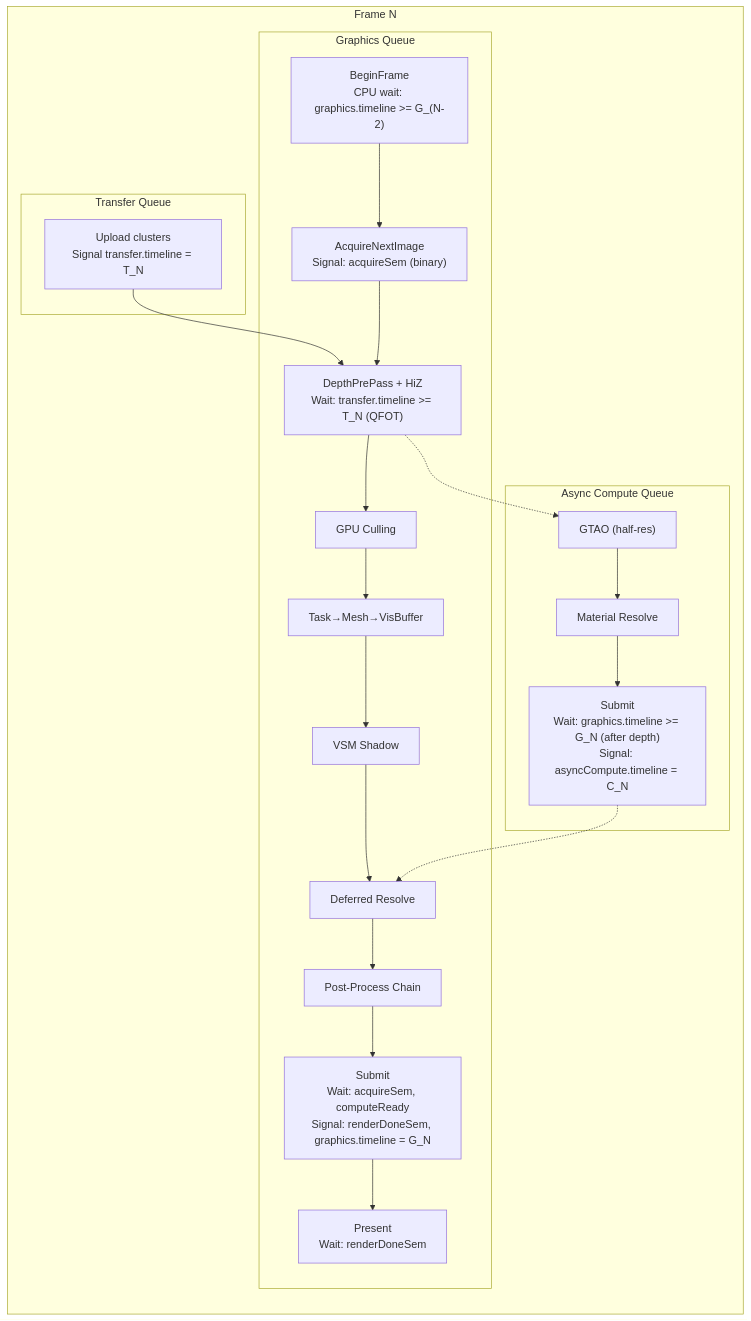
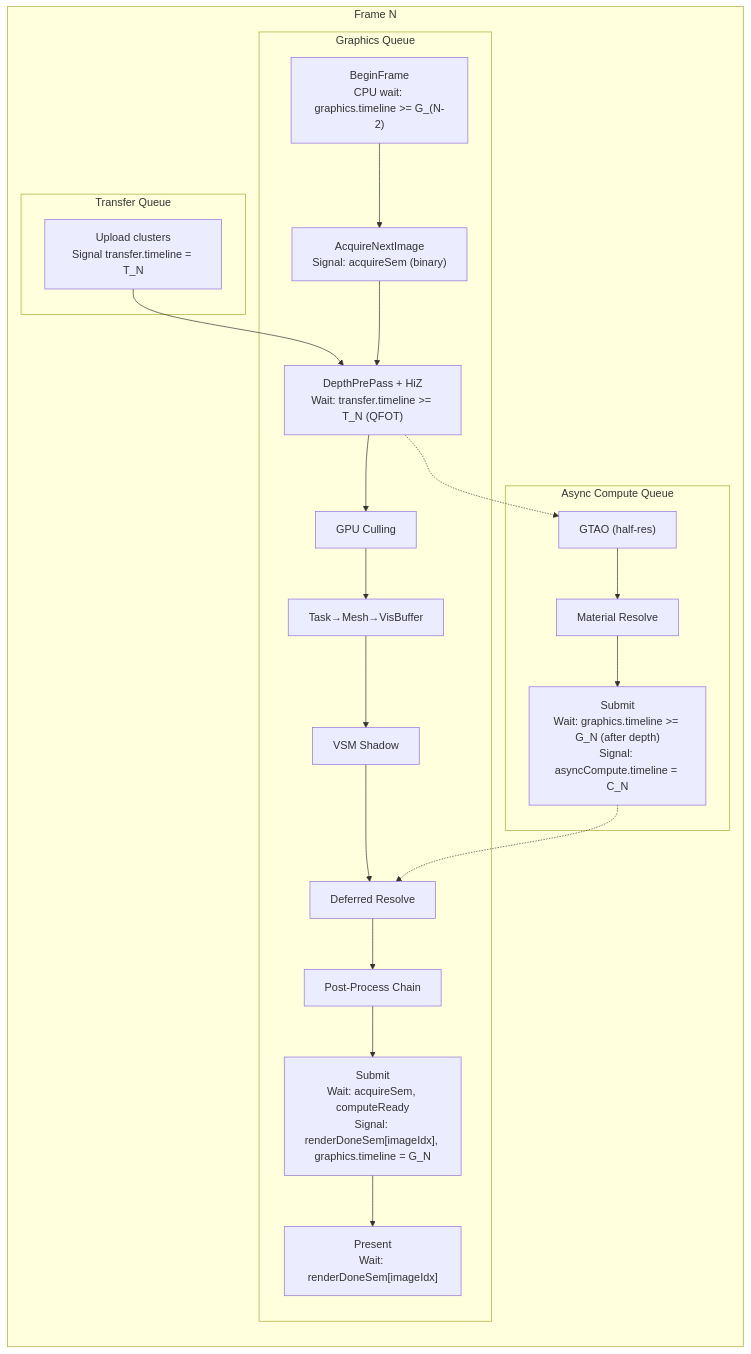
One commit to nekomiya-kasane/mitsuki changed the first of 8 diagrams in specs/03-sync.md. Above: the diagram before and after it, drawn with Mermaid. The commit also changed other lines of this file and 14 other files, not shown here.

First line of the commit message:
``` feat(rhi): add GetSwapchainImageCount API and update sync spec for per-image renderDone semaphores

````diff
--- a/specs/03-sync.md
+++ b/specs/03-sync.md
@@ -106,33 +106,33 @@
 ```mermaid
 graph LR
     subgraph "Frame N"
         subgraph "Transfer Queue"
             T_upload["Upload clusters<br/>Signal transfer.timeline = T_N"]
         end
 
         subgraph "Graphics Queue"
             G_begin["BeginFrame<br/>CPU wait: graphics.timeline >= G_(N-2)"]
             G_acquire["AcquireNextImage<br/>Signal: acquireSem (binary)"]
             G_depth["DepthPrePass + HiZ<br/>Wait: transfer.timeline >= T_N (QFOT)"]
             G_cull["GPU Culling"]
             G_geom["Task→Mesh→VisBuffer"]
             G_shadow["VSM Shadow"]
             G_resolve["Deferred Resolve"]
             G_post["Post-Process Chain"]
-            G_submit["Submit<br/>Wait: acquireSem, computeReady<br/>Signal: renderDoneSem, graphics.timeline = G_N"]
-            G_present["Present<br/>Wait: renderDoneSem"]
+            G_submit["Submit<br/>Wait: acquireSem, computeReady<br/>Signal: renderDoneSem[imageIdx], graphics.timeline = G_N"]
+            G_present["Present<br/>Wait: renderDoneSem[imageIdx]"]
         end
 
         subgraph "Async Compute Queue"
             C_gtao["GTAO (half-res)"]
             C_matres["Material Resolve"]
             C_submit["Submit<br/>Wait: graphics.timeline >= G_N (after depth)<br/>Signal: asyncCompute.timeline = C_N"]
         end
     end
 
     T_upload --> G_depth
     G_begin --> G_acquire --> G_depth --> G_cull --> G_geom
     G_geom --> G_shadow --> G_resolve --> G_post --> G_submit --> G_present
     G_depth -.-> C_gtao --> C_matres --> C_submit
     C_submit -.-> G_resolve
 ```
````
